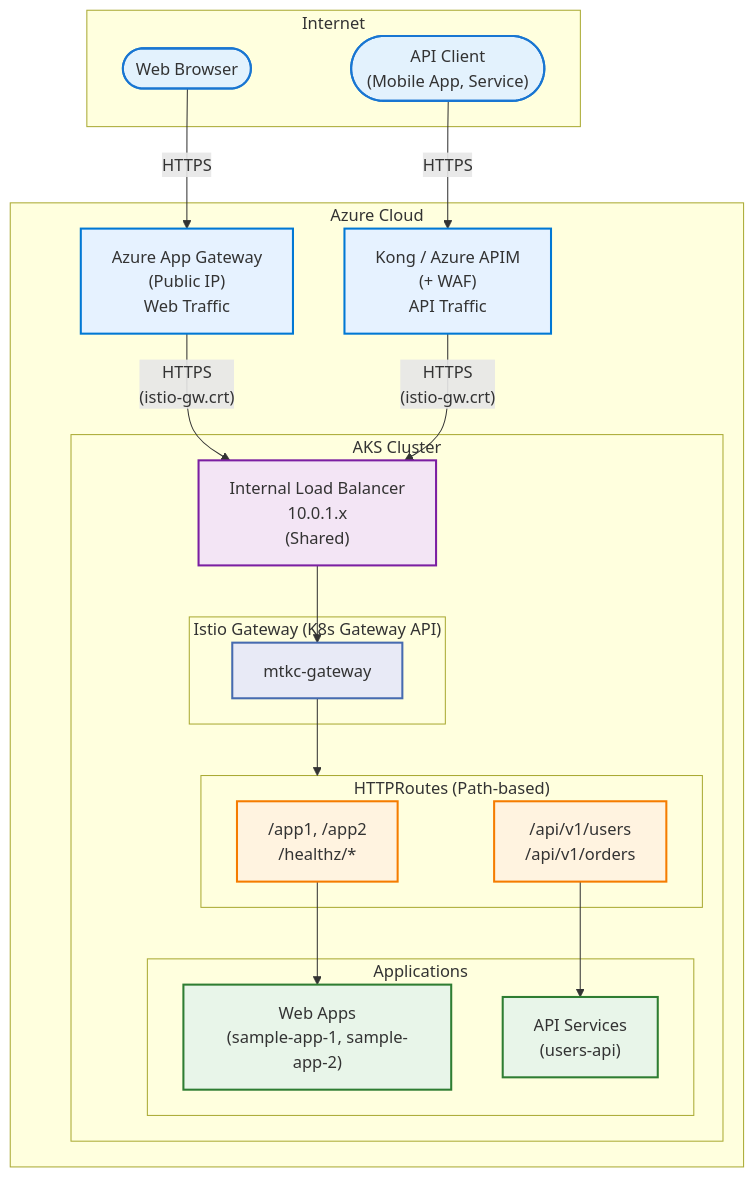
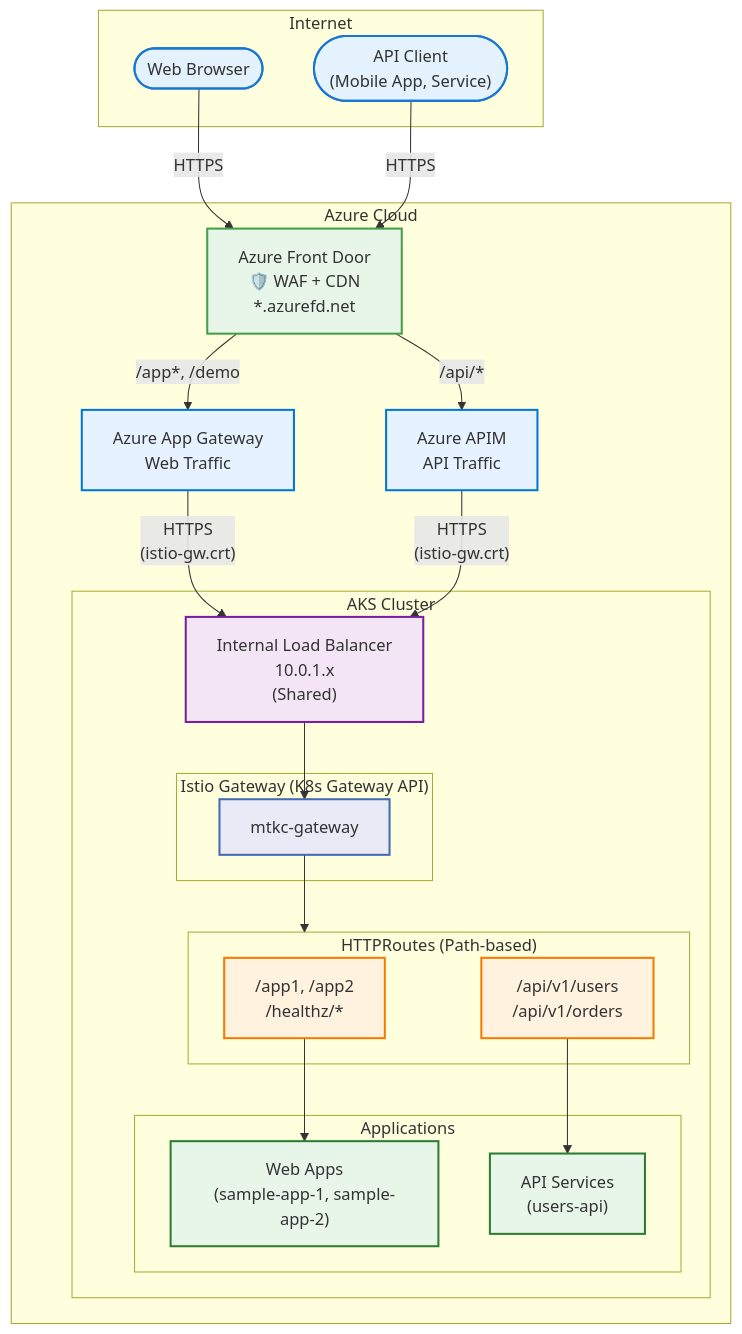
The eighth of 10 diagrams in README.md (shanaka-versent/AKS-Istio-GatewayAPI-Demo), drawn with Mermaid before and after one commit. The commit also changed other lines of this file, not shown here.

First line of the commit message:
Update all architecture diagrams to show traffic via Front Door

````diff
--- a/README.md
+++ b/README.md
@@ -861,55 +863,62 @@
 ```mermaid
 flowchart TB
     subgraph Internet["Internet"]
         WebClient(["Web Browser"])
         APIClient(["API Client<br/>(Mobile App, Service)"])
     end
 
     subgraph Azure["Azure Cloud"]
-        AppGW["Azure App Gateway<br/>(Public IP)<br/>Web Traffic"]
-        APIM["Kong / Azure APIM<br/>(+ WAF)<br/>API Traffic"]
+        FD["Azure Front Door<br/>🛡️ WAF + CDN<br/>*.azurefd.net"]
+
+        AppGW["Azure App Gateway<br/>Web Traffic"]
+        APIM["Azure APIM<br/>API Traffic"]
 
         subgraph AKS["AKS Cluster"]
             ILB["Internal Load Balancer<br/>10.0.1.x<br/>(Shared)"]
 
             subgraph Gateway["Istio Gateway (K8s Gateway API)"]
                 GW["mtkc-gateway"]
             end
 
             subgraph Routes["HTTPRoutes (Path-based)"]
                 WebRoutes["/app1, /app2<br/>/healthz/*"]
                 APIRoutes["/api/v1/users<br/>/api/v1/orders"]
             end
 
             subgraph Apps["Applications"]
                 WebApps["Web Apps<br/>(sample-app-1, sample-app-2)"]
                 APIs["API Services<br/>(users-api)"]
             end
         end
     end
 
-    WebClient -->|"HTTPS"| AppGW
-    APIClient -->|"HTTPS"| APIM
+    WebClient -->|"HTTPS"| FD
+    APIClient -->|"HTTPS"| FD
+
+    FD -->|"/app*, /demo"| AppGW
+    FD -->|"/api/*"| APIM
 
     AppGW -->|"HTTPS<br/>(istio-gw.crt)"| ILB
     APIM -->|"HTTPS<br/>(istio-gw.crt)"| ILB
 
     ILB --> GW
     GW --> Routes
     WebRoutes --> WebApps
     APIRoutes --> APIs
 
     classDef internet fill:#e3f2fd,stroke:#1976d2,stroke-width:2px
+    classDef frontdoor fill:#e8f5e9,stroke:#43a047,stroke-width:2px
     classDef azure fill:#e6f2ff,stroke:#0078d4,stroke-width:2px
     classDef ilb fill:#f3e5f5,stroke:#7b1fa2,stroke-width:2px
     classDef gateway fill:#e8eaf6,stroke:#466bb0,stroke-width:2px
     classDef routes fill:#fff3e0,stroke:#f57c00,stroke-width:2px
     classDef apps fill:#e8f5e9,stroke:#2e7d32,stroke-width:2px
 
     class WebClient,APIClient internet
+    class FD frontdoor
     class AppGW,APIM azure
     class ILB ilb
     class GW gateway
     class WebRoutes,APIRoutes routes
     class WebApps,APIs apps
 ```
````
